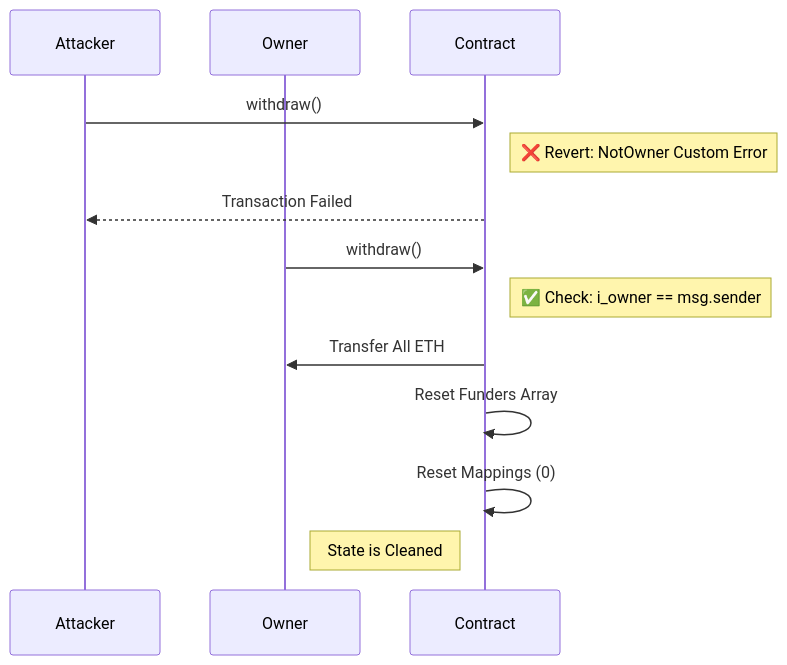
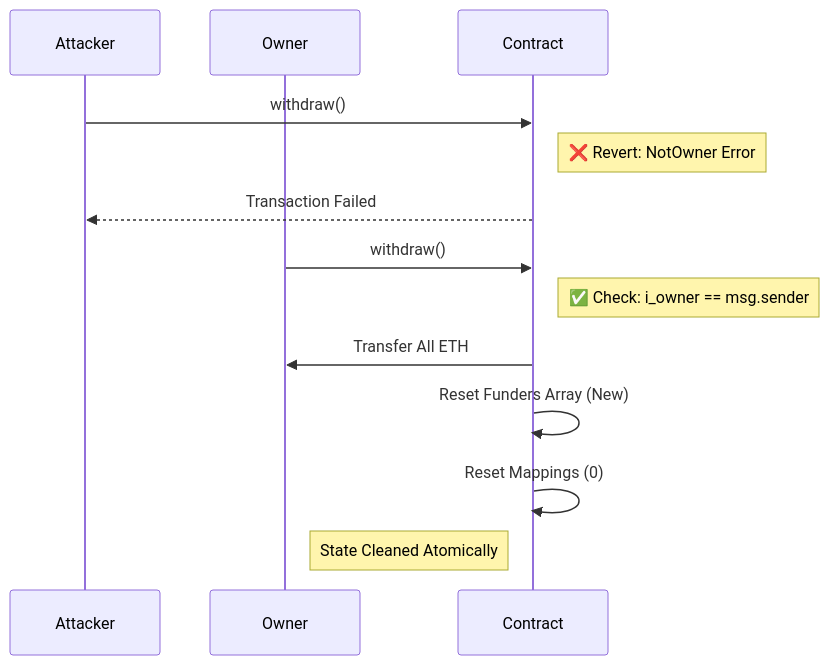
Before and after one commit to NexTechArchitect/FundMe-Contract: the second of 2 diagrams in README.md, drawn with Mermaid. The commit also changed other lines of this file, not shown here.

````diff
--- a/README.md
+++ b/README.md
@@ -79,19 +114,19 @@
 ```mermaid
 sequenceDiagram
     participant Attacker
     participant Owner
     participant Contract
 
     Attacker->>Contract: withdraw()
-    Note right of Contract: ❌ Revert: NotOwner Custom Error
+    Note right of Contract: ❌ Revert: NotOwner Error
     Contract-->>Attacker: Transaction Failed
 
     Owner->>Contract: withdraw()
     Note right of Contract: ✅ Check: i_owner == msg.sender
     
     Contract->>Owner: Transfer All ETH
-    Contract->>Contract: Reset Funders Array
+    Contract->>Contract: Reset Funders Array (New)
     Contract->>Contract: Reset Mappings (0)
-    Note left of Contract: State is Cleaned
+    Note left of Contract: State Cleaned Atomically
 
 ```
````
